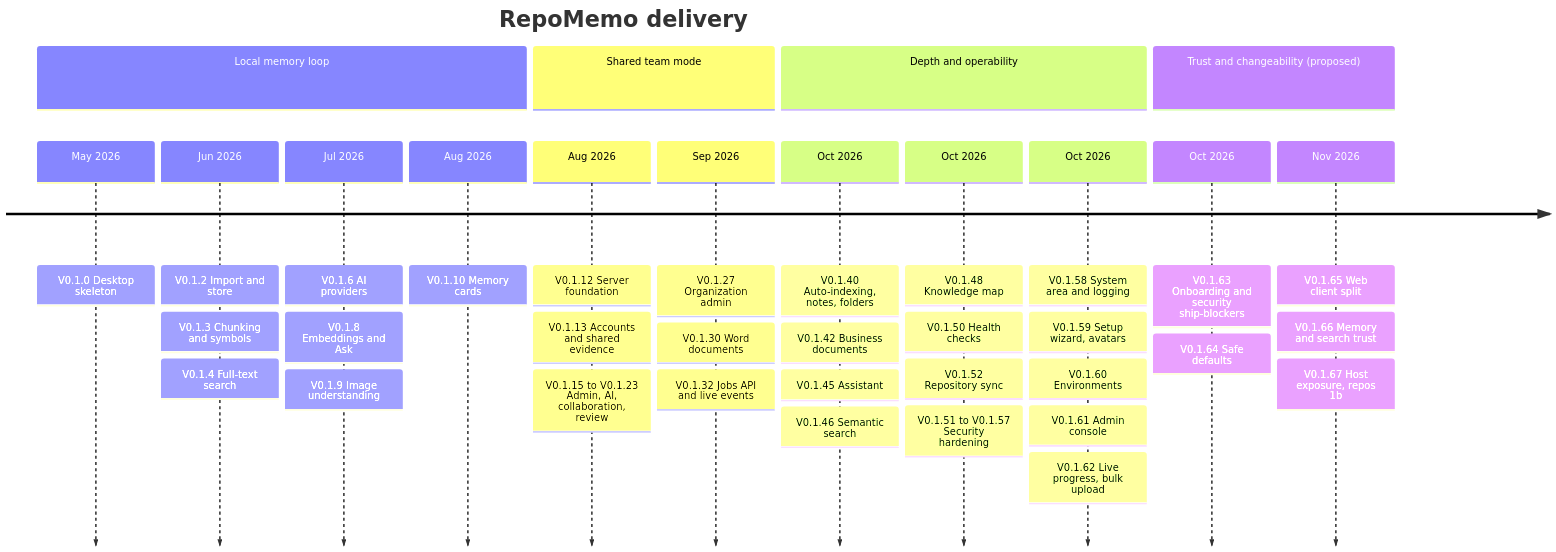
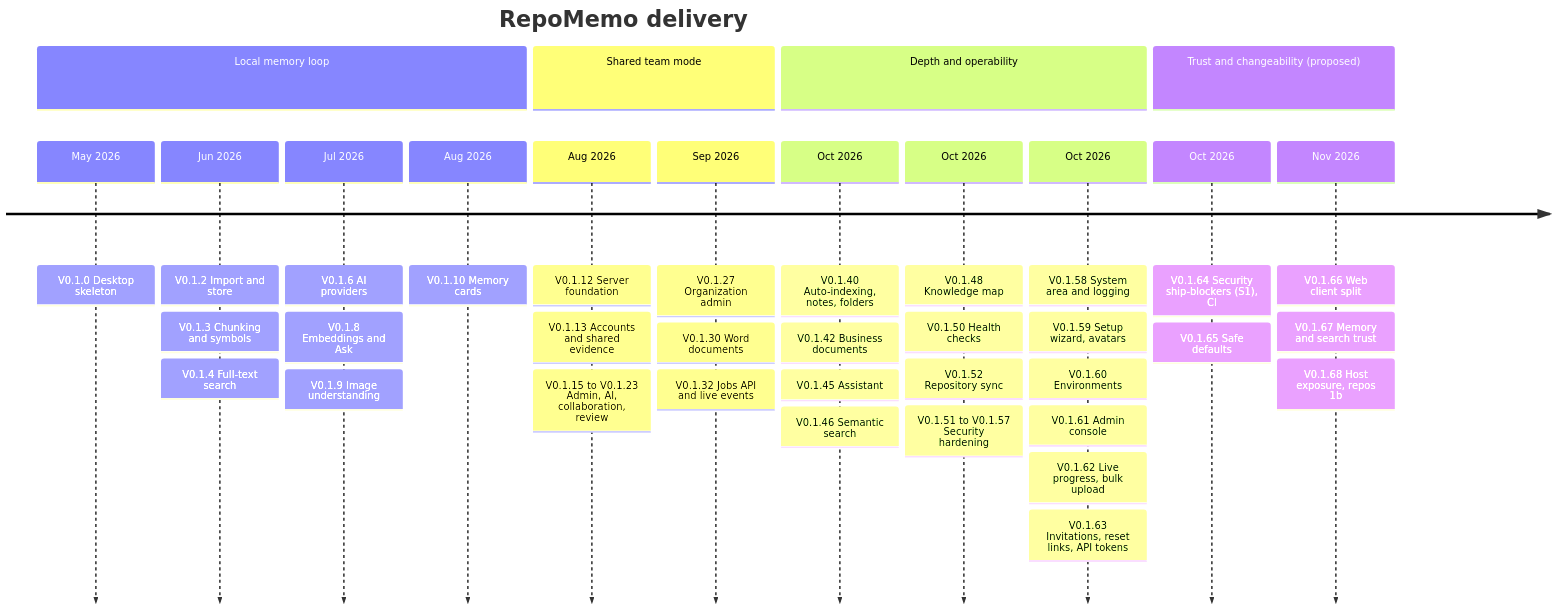
Before and after one commit to winksen/RepoMemo: the diagram in mindmap/ROADMAP.md, drawn with Mermaid. The commit also changed other lines of this file and 17 other files, not shown here.

````diff
--- a/mindmap/ROADMAP.md
+++ b/mindmap/ROADMAP.md
@@ -18,19 +18,19 @@
 ```mermaid
 timeline
   title RepoMemo delivery
   section Local memory loop
     May 2026 : V0.1.0 Desktop skeleton
     Jun 2026 : V0.1.2 Import and store : V0.1.3 Chunking and symbols : V0.1.4 Full-text search
     Jul 2026 : V0.1.6 AI providers : V0.1.8 Embeddings and Ask : V0.1.9 Image understanding
     Aug 2026 : V0.1.10 Memory cards
   section Shared team mode
     Aug 2026 : V0.1.12 Server foundation : V0.1.13 Accounts and shared evidence : V0.1.15 to V0.1.23 Admin, AI, collaboration, review
     Sep 2026 : V0.1.27 Organization admin : V0.1.30 Word documents : V0.1.32 Jobs API and live events
   section Depth and operability
     Oct 2026 : V0.1.40 Auto-indexing, notes, folders : V0.1.42 Business documents : V0.1.45 Assistant : V0.1.46 Semantic search
     Oct 2026 : V0.1.48 Knowledge map : V0.1.50 Health checks : V0.1.52 Repository sync : V0.1.51 to V0.1.57 Security hardening
-    Oct 2026 : V0.1.58 System area and logging : V0.1.59 Setup wizard, avatars : V0.1.60 Environments : V0.1.61 Admin console : V0.1.62 Live progress, bulk upload
+    Oct 2026 : V0.1.58 System area and logging : V0.1.59 Setup wizard, avatars : V0.1.60 Environments : V0.1.61 Admin console : V0.1.62 Live progress, bulk upload : V0.1.63 Invitations, reset links, API tokens
   section Trust and changeability (proposed)
-    Oct 2026 : V0.1.63 Onboarding and security ship-blockers : V0.1.64 Safe defaults
-    Nov 2026 : V0.1.65 Web client split : V0.1.66 Memory and search trust : V0.1.67 Host exposure, repos 1b
+    Oct 2026 : V0.1.64 Security ship-blockers (S1), CI : V0.1.65 Safe defaults
+    Nov 2026 : V0.1.66 Web client split : V0.1.67 Memory and search trust : V0.1.68 Host exposure, repos 1b
 ```
````
